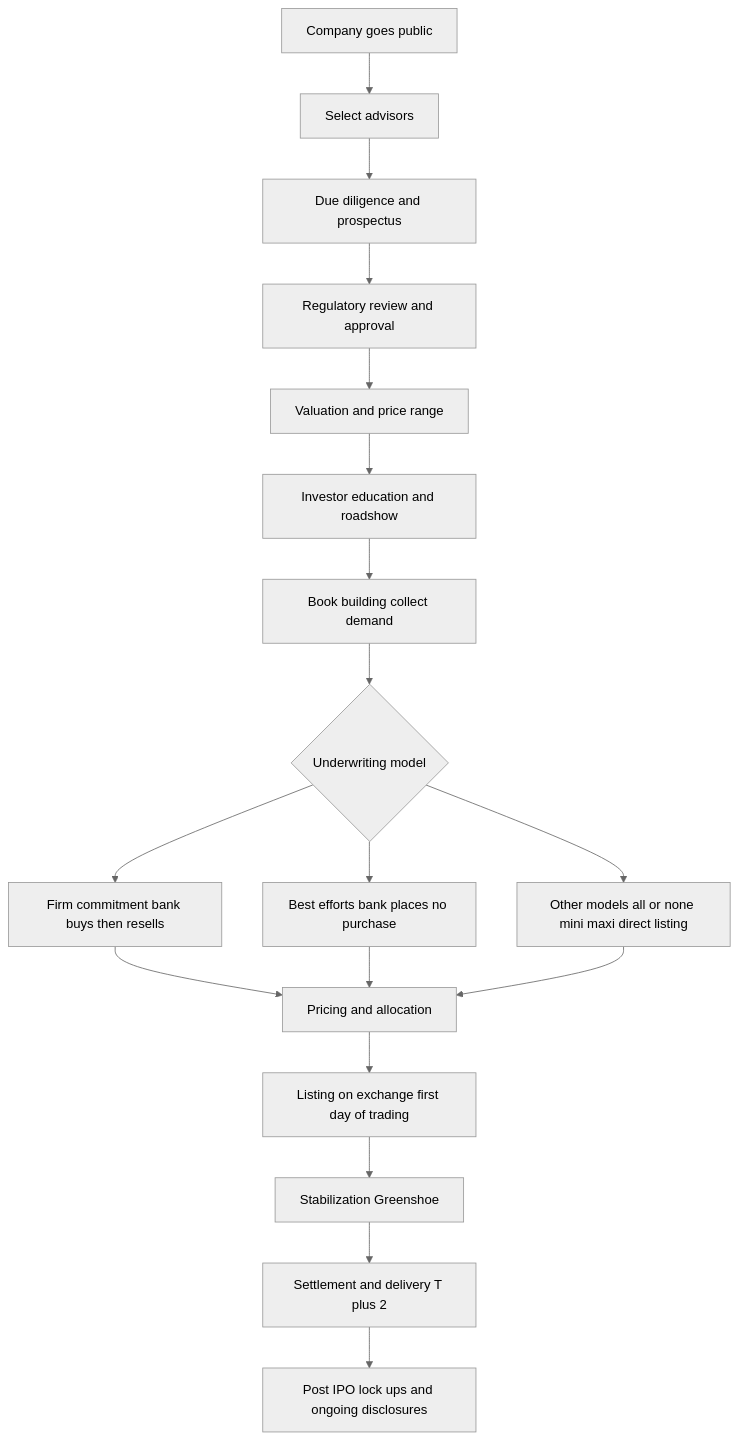
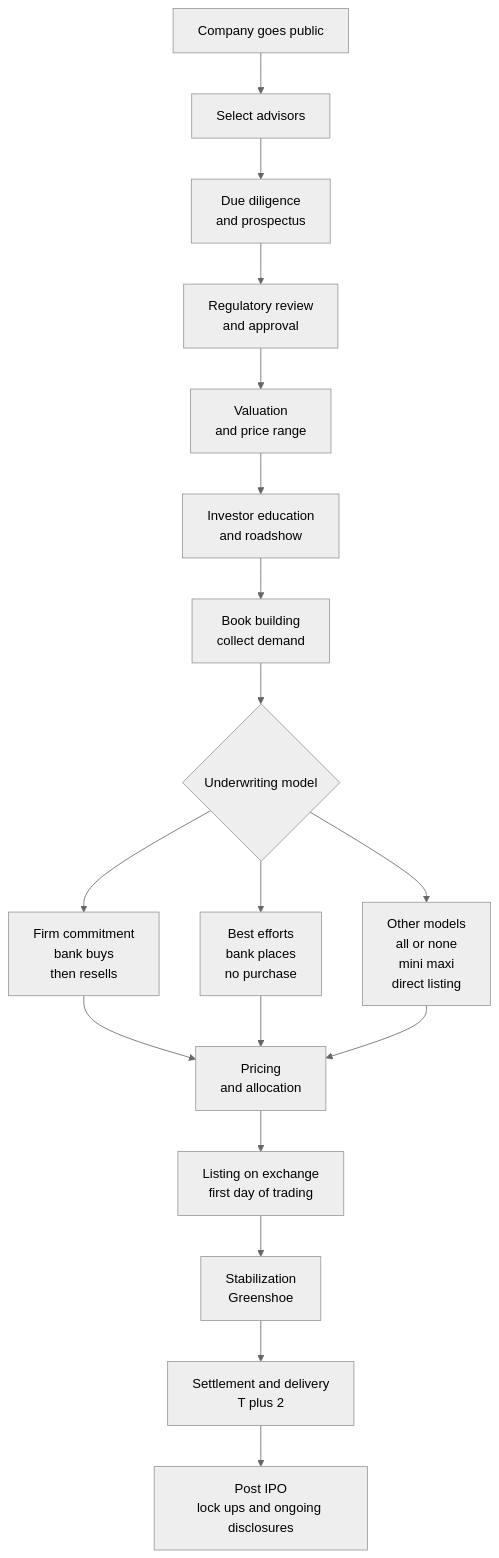
One commit to CheickPaul/Finance-Python-Learning-Portfolio changed the diagram in epat--quantinsti/modules/m01_epat_primer/primer02_stock_market_basics/notes_stock_market_basics.md. Above: the diagram before and after it, drawn with Mermaid (neutral theme).

````diff
--- a/epat--quantinsti/modules/m01_epat_primer/primer02_stock_market_basics/notes_stock_market_basics.md
+++ b/epat--quantinsti/modules/m01_epat_primer/primer02_stock_market_basics/notes_stock_market_basics.md
@@ -162,21 +162,23 @@
 ```mermaid
-%%{init: {'flowchart': {'wrap': true}} }%%
 flowchart TD
   A[Company goes public] --> B[Select advisors]
-  B --> C[Due diligence and prospectus]
-  C --> D[Regulatory review and approval]
-  D --> E[Valuation and price range]
-  E --> F[Investor education and roadshow]
-  F --> G[Book building collect demand]
+  B --> C[Due diligence<br/>and prospectus]
+  C --> D[Regulatory review<br/>and approval]
+  D --> E[Valuation<br/>and price range]
+  E --> F[Investor education<br/>and roadshow]
+  F --> G[Book building<br/>collect demand]
   G --> H{Underwriting model}
-  H --> H1[Firm commitment bank buys then resells]
-  H --> H2[Best efforts bank places no purchase]
-  H --> H3[Other models all or none mini maxi direct listing]
-  H1 --> I[Pricing and allocation]
+
+  H --> H1["Firm commitment<br/>bank buys<br/>then resells"]
+  H --> H2["Best efforts<br/>bank places<br/>no purchase"]
+  H --> H3["Other models<br/>all or none<br/>mini maxi<br/>direct listing"]
+
+  H1 --> I[Pricing<br/>and allocation]
   H2 --> I
   H3 --> I
-  I --> J[Listing on exchange first day of trading]
-  J --> K[Stabilization Greenshoe]
-  K --> L[Settlement and delivery T plus 2]
-  L --> M[Post IPO lock ups and ongoing disclosures]
+  I --> J[Listing on exchange<br/>first day of trading]
+  J --> K[Stabilization<br/>Greenshoe]
+  K --> L[Settlement and delivery<br/>T plus 2]
+  L --> M[Post IPO<br/>lock ups and ongoing disclosures]
+
 ```
````
